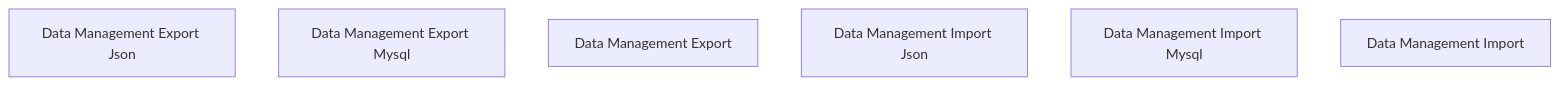
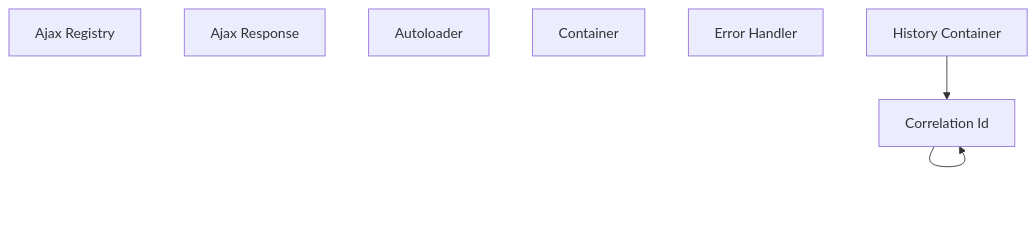
Before and after one commit to rpnunez/wp-ai-scheduler: the sixth of 19 diagrams in docs/feature-report.md, drawn with Mermaid. The commit also changed other lines of this file and 2 other files, not shown here.

````diff
--- a/docs/feature-report.md
+++ b/docs/feature-report.md
@@ -283,16 +418,19 @@
 ```mermaid
 flowchart TD
-    %% Data Management Architecture
+    %% Infrastructure & DI Architecture
 
-    Data_Management_Export_JSON["Data Management Export Json"]
-    Data_Management_Export_MySQL["Data Management Export Mysql"]
-    Data_Management_Export["Data Management Export"]
-    Data_Management_Import_JSON["Data Management Import Json"]
-    Data_Management_Import_MySQL["Data Management Import Mysql"]
-    Data_Management_Import["Data Management Import"]
+    Ajax_Registry["Ajax Registry"]
+    Ajax_Response["Ajax Response"]
+    Autoloader["Autoloader"]
+    Container["Container"]
+    Correlation_ID["Correlation Id"]
+    Error_Handler["Error Handler"]
+    History_Container["History Container"]
 
+    Correlation_ID --> Correlation_ID
+    History_Container --> Correlation_ID
 
     classDef repository fill:#e1f5ff,stroke:#01579b,stroke-width:2px
     classDef service fill:#fff3e0,stroke:#e65100,stroke-width:2px
     classDef controller fill:#f3e5f5,stroke:#4a148c,stroke-width:2px
 ```
````
